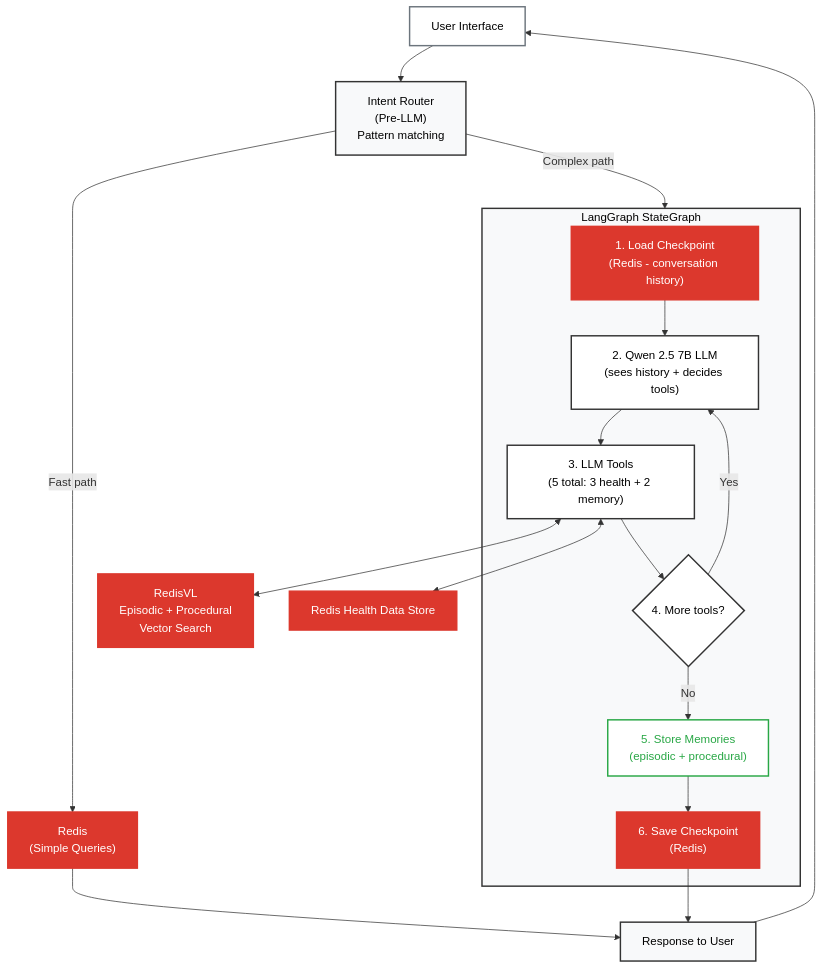
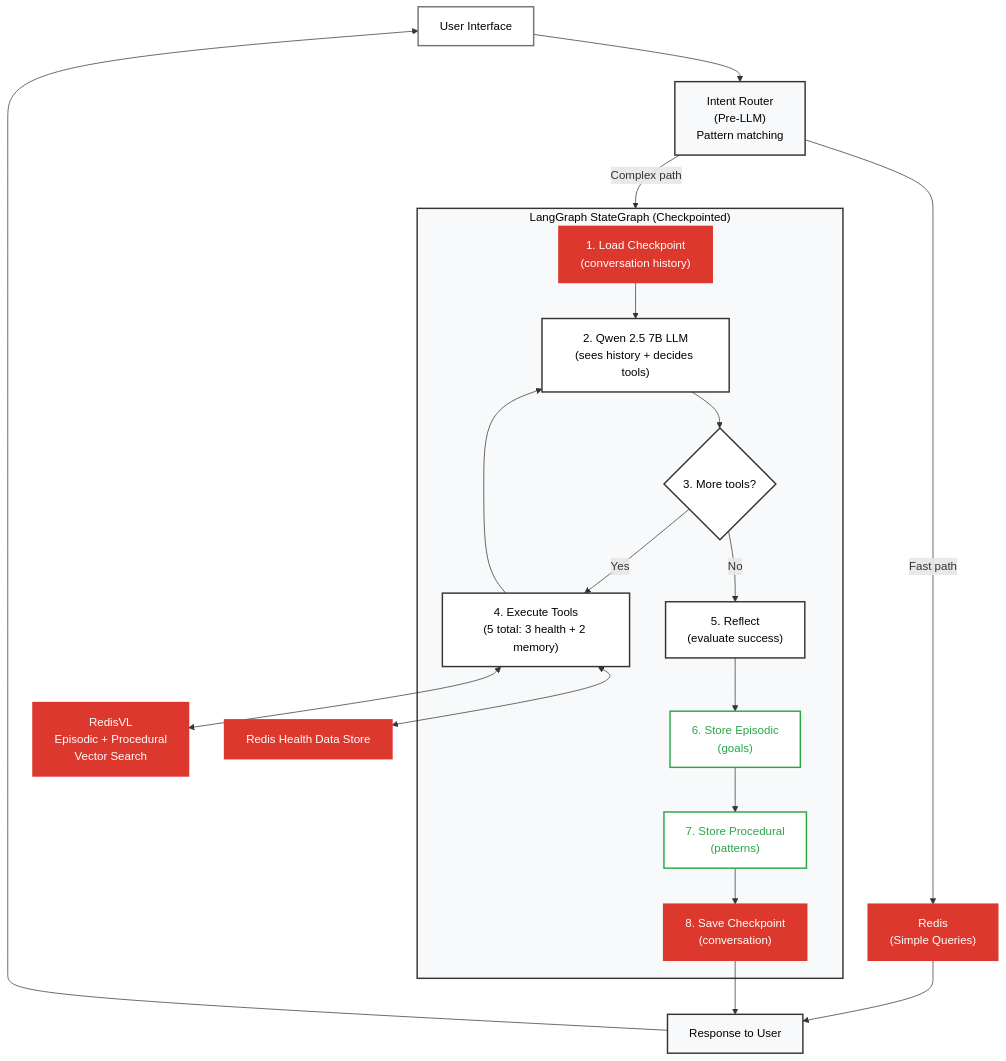
One commit to AllieRays/redis-wellness changed the second of 2 diagrams in docs/05_STATELESS_VS_STATEFUL_COMPARISON.md. Above: the diagram before and after it, drawn with Mermaid. The commit also changed 1 other file, not shown here.

````diff
--- a/docs/05_STATELESS_VS_STATEFUL_COMPARISON.md
+++ b/docs/05_STATELESS_VS_STATEFUL_COMPARISON.md
@@ -58,49 +58,55 @@
 ```mermaid
 flowchart TB
     UI["User Interface"]
     Router["Intent Router<br/>(Pre-LLM)<br/>Pattern matching"]
     Simple["Redis<br/>(Simple Queries)"]
     
-    subgraph LangGraph["LangGraph StateGraph"]
-        Load["1. Load Checkpoint<br/>(Redis - conversation history)"]
+    subgraph LangGraph["LangGraph StateGraph (Checkpointed)"]
+        Load["1. Load Checkpoint<br/>(conversation history)"]
         LLM["2. Qwen 2.5 7B LLM<br/>(sees history + decides tools)"]
-        Tools["3. LLM Tools<br/>(5 total: 3 health + 2 memory)"]
-        Loop{"4. More tools?"}
-        Store["5. Store Memories<br/>(episodic + procedural)"]
-        Save["6. Save Checkpoint<br/>(Redis)"]
+        ToolDecision{"3. More tools?"}
+        Tools["4. Execute Tools<br/>(5 total: 3 health + 2 memory)"]
+        Reflect["5. Reflect<br/>(evaluate success)"]
+        StoreEpi["6. Store Episodic<br/>(goals)"]
+        StoreProc["7. Store Procedural<br/>(patterns)"]
+        SaveCheck["8. Save Checkpoint<br/>(conversation)"]
         
         Load --> LLM
-        LLM --> Tools
-        Tools --> Loop
-        Loop -->|Yes| LLM
-        Loop -->|No| Store
-        Store --> Save
+        LLM --> ToolDecision
+        ToolDecision -->|Yes| Tools
+        ToolDecision -->|No| Reflect
+        Tools --> LLM
+        Reflect --> StoreEpi
+        StoreEpi --> StoreProc
+        StoreProc --> SaveCheck
     end
     
     RedisVL["RedisVL<br/>Episodic + Procedural<br/>Vector Search"]
     RedisData["Redis Health Data Store"]
     Response["Response to User"]
 
     UI --> Router
     Router -->|"Fast path"| Simple
     Router -->|"Complex path"| LangGraph
     Simple --> Response
     Tools <--> RedisVL
     Tools <--> RedisData
-    Save --> Response
+    SaveCheck --> Response
     Response --> UI
 
     style UI fill:#fff,stroke:#6c757d,stroke-width:2px,color:#000
     style Router fill:#f8f9fa,stroke:#333,stroke-width:2px,color:#000
     style Simple fill:#dc382d,stroke:#dc382d,stroke-width:2px,color:#fff
     style LangGraph fill:#f8f9fa,stroke:#333,stroke-width:2px,color:#000
     style Load fill:#dc382d,stroke:#dc382d,stroke-width:2px,color:#fff
     style LLM fill:#fff,stroke:#333,stroke-width:2px,color:#000
+    style ToolDecision fill:#fff,stroke:#333,stroke-width:2px,color:#000
     style Tools fill:#fff,stroke:#333,stroke-width:2px,color:#000
-    style Loop fill:#fff,stroke:#333,stroke-width:2px,color:#000
-    style Store fill:#fff,stroke:#28a745,stroke-width:2px,color:#28a745
-    style Save fill:#dc382d,stroke:#dc382d,stroke-width:2px,color:#fff
+    style Reflect fill:#fff,stroke:#333,stroke-width:2px,color:#000
+    style StoreEpi fill:#fff,stroke:#28a745,stroke-width:2px,color:#28a745
+    style StoreProc fill:#fff,stroke:#28a745,stroke-width:2px,color:#28a745
+    style SaveCheck fill:#dc382d,stroke:#dc382d,stroke-width:2px,color:#fff
     style RedisVL fill:#dc382d,stroke:#dc382d,stroke-width:2px,color:#fff
     style RedisData fill:#dc382d,stroke:#dc382d,stroke-width:2px,color:#fff
     style Response fill:#f8f9fa,stroke:#333,stroke-width:2px,color:#000
 ```
````
